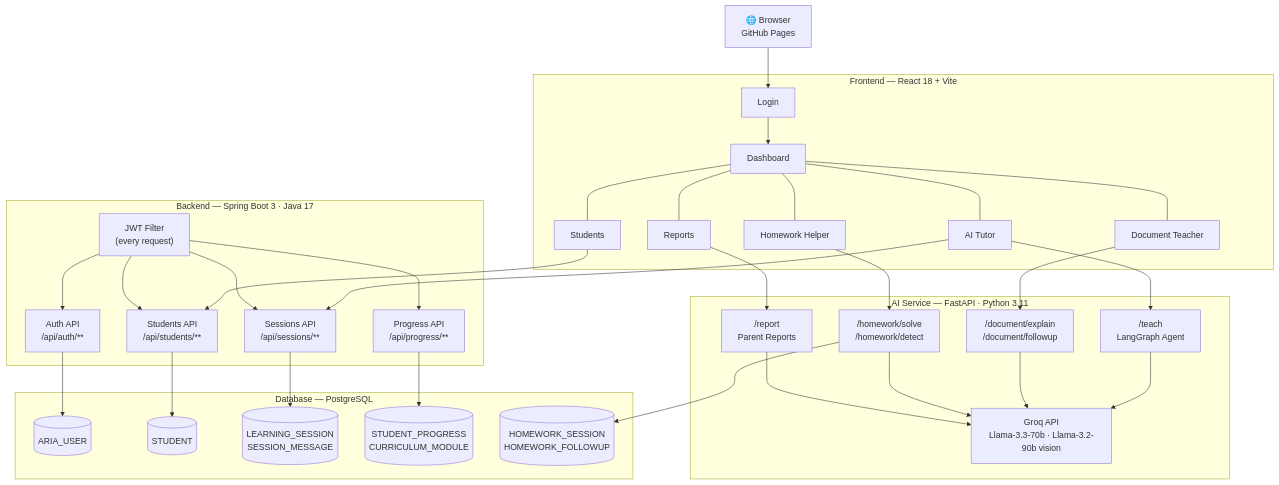
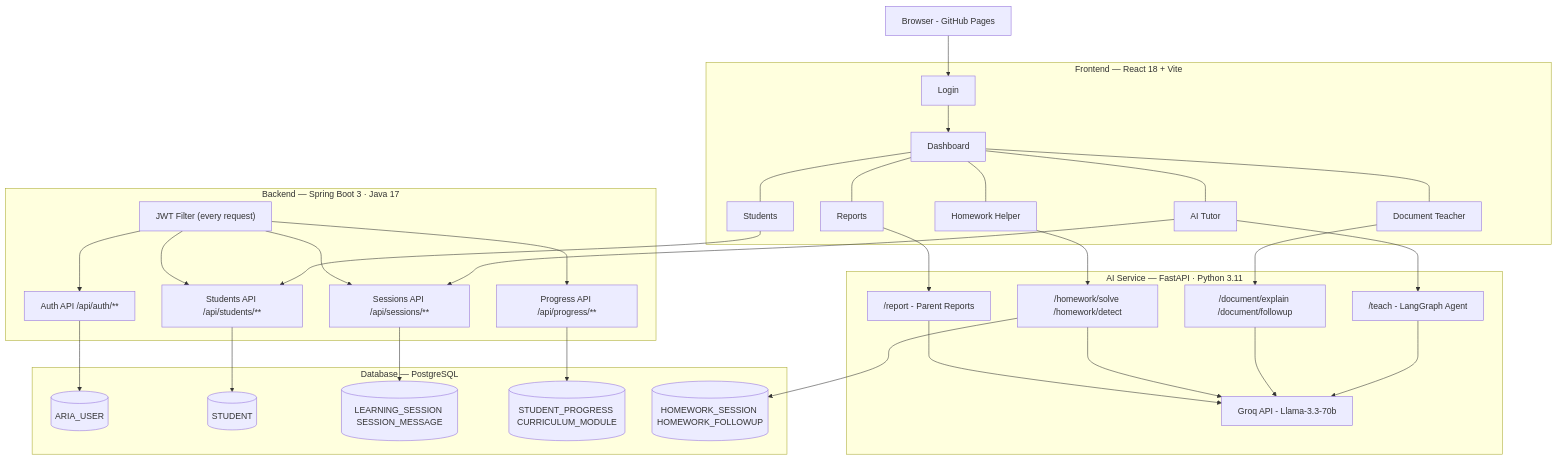
One commit to bkumars22/ARIA changed the first of 5 diagrams in README.md. Above: the diagram before and after it, drawn with Mermaid. The commit also changed other lines of this file, not shown here.

````diff
--- a/README.md
+++ b/README.md
@@ -212,69 +210,69 @@
 ```mermaid
 graph TD
-    Browser["🌐 Browser\nGitHub Pages"]
+    Browser["Browser - GitHub Pages"]
 
     subgraph Frontend ["Frontend — React 18 + Vite"]
         Login["Login"]
         Dashboard["Dashboard"]
         Tutor["AI Tutor"]
         Homework["Homework Helper"]
         Documents["Document Teacher"]
         Reports["Reports"]
         Students["Students"]
     end
 
     subgraph Backend ["Backend — Spring Boot 3 · Java 17"]
-        AuthAPI["Auth API\n/api/auth/**"]
-        StudentAPI["Students API\n/api/students/**"]
-        SessionAPI["Sessions API\n/api/sessions/**"]
-        ProgressAPI["Progress API\n/api/progress/**"]
-        JWTFilter["JWT Filter\n(every request)"]
+        AuthAPI["Auth API /api/auth/**"]
+        StudentAPI["Students API /api/students/**"]
+        SessionAPI["Sessions API /api/sessions/**"]
+        ProgressAPI["Progress API /api/progress/**"]
+        JWTFilter["JWT Filter (every request)"]
     end
 
     subgraph AIService ["AI Service — FastAPI · Python 3.11"]
-        TeachNode["/teach\nLangGraph Agent"]
-        DocNode["/document/explain\n/document/followup"]
-        HWNode["/homework/solve\n/homework/detect"]
-        ReportNode["/report\nParent Reports"]
-        GroqAPI["Groq API\nLlama-3.3-70b · Llama-3.2-90b vision"]
+        TeachNode["/teach - LangGraph Agent"]
+        DocNode["/document/explain /document/followup"]
+        HWNode["/homework/solve /homework/detect"]
+        ReportNode["/report - Parent Reports"]
+        GroqAPI["Groq API - Llama-3.3-70b"]
     end
 
     subgraph DB ["Database — PostgreSQL"]
         DBUser[("ARIA_USER")]
         DBStudent[("STUDENT")]
-        DBSession[("LEARNING_SESSION\nSESSION_MESSAGE")]
-        DBProgress[("STUDENT_PROGRESS\nCURRICULUM_MODULE")]
-        DBHomework[("HOMEWORK_SESSION\nHOMEWORK_FOLLOWUP")]
+        DBSession[("LEARNING_SESSION SESSION_MESSAGE")]
+        DBProgress[("STUDENT_PROGRESS CURRICULUM_MODULE")]
+        DBHomework[("HOMEWORK_SESSION HOMEWORK_FOLLOWUP")]
     end
 
     Browser --> Login
     Login --> Dashboard
     Dashboard --- Tutor
     Dashboard --- Homework
     Dashboard --- Documents
     Dashboard --- Reports
     Dashboard --- Students
 
     Tutor --> TeachNode
     Homework --> HWNode
     Documents --> DocNode
     Reports --> ReportNode
     Students --> StudentAPI
     Tutor --> SessionAPI
 
     JWTFilter --> AuthAPI
     JWTFilter --> StudentAPI
     JWTFilter --> SessionAPI
     JWTFilter --> ProgressAPI
 
     AuthAPI --> DBUser
     StudentAPI --> DBStudent
     SessionAPI --> DBSession
     ProgressAPI --> DBProgress
     HWNode --> DBHomework
 
     TeachNode --> GroqAPI
     DocNode --> GroqAPI
     HWNode --> GroqAPI
     ReportNode --> GroqAPI
 ```
````
